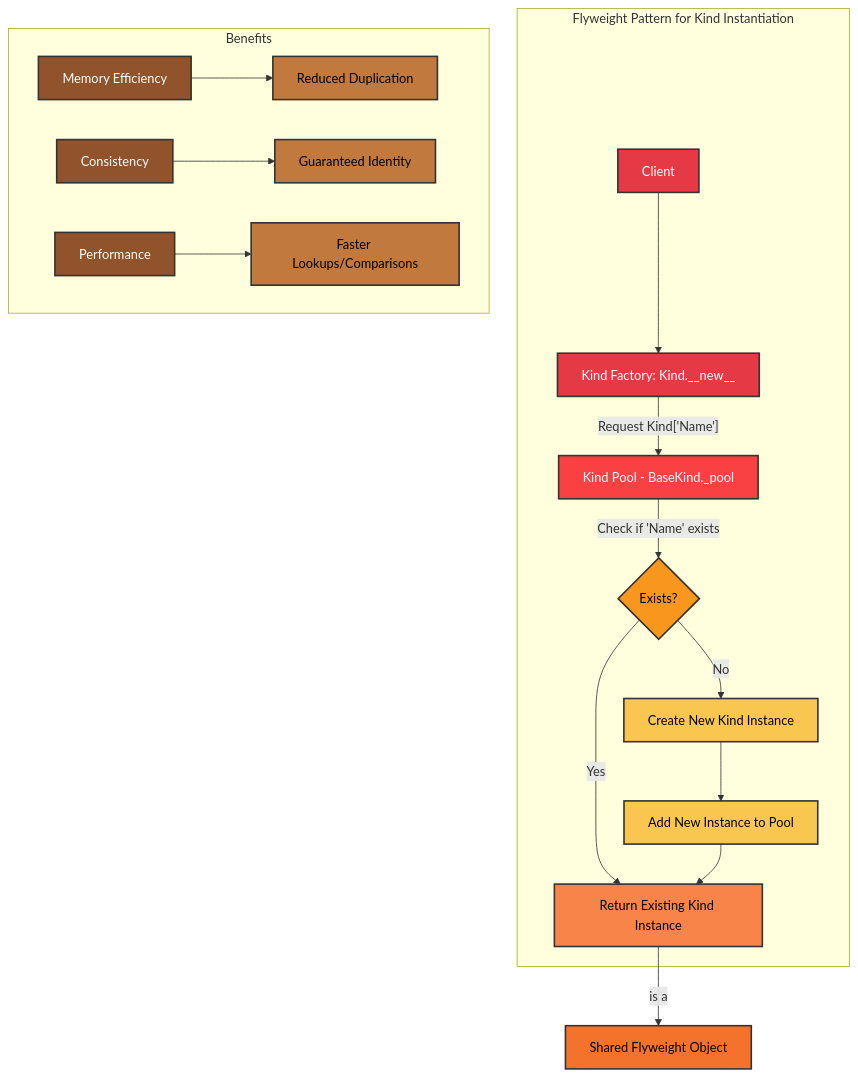
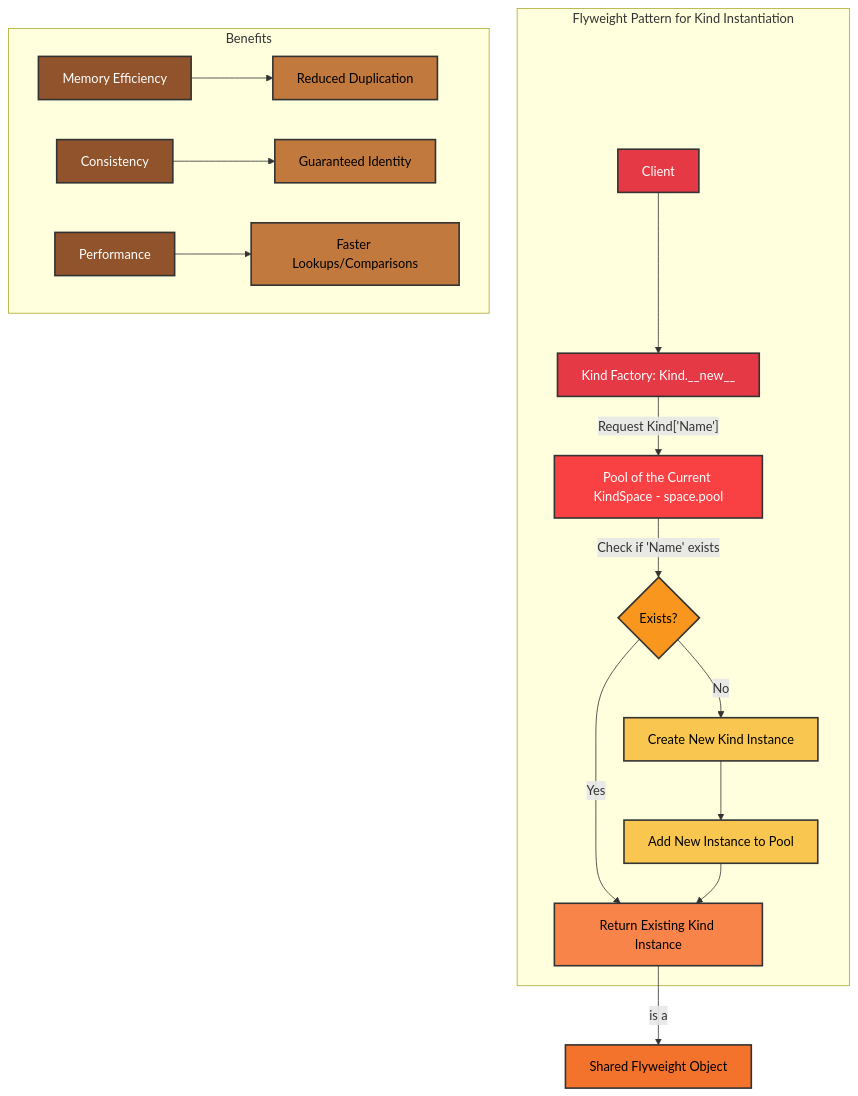
One commit to ikko/kind changed the diagram in docs/topics/2_flyweight_design/flyweight_pattern.mmd. Above: the diagram before and after it, drawn with Mermaid. The commit also changed 78 other files, not shown here.

First line of the commit message:
v0.2.0: KindSpace makes the global state explicit; time is opt-in; scheduling is its own package

```diff
--- a/docs/topics/2_flyweight_design/flyweight_pattern.mmd
+++ b/docs/topics/2_flyweight_design/flyweight_pattern.mmd
@@ -1,36 +1,36 @@
 graph TB
     subgraph "Flyweight Pattern for Kind Instantiation"
         A[Client] --> B[Kind Factory: Kind.__new__];
-        B -- "Request Kind['Name']" --> C[Kind Pool - BaseKind._pool];
+        B -- "Request Kind['Name']" --> C[Pool of the Current KindSpace - space.pool];
         C -- "Check if 'Name' exists" --> D{Exists?};
         D -- "Yes" --> E[Return Existing Kind Instance];
         D -- "No" --> F[Create New Kind Instance];
         F --> G[Add New Instance to Pool];
         G --> E;
     end
 
     subgraph "Benefits"
         H[Memory Efficiency] --> I[Reduced Duplication];
         J[Consistency] --> K[Guaranteed Identity];
         L[Performance] --> M[Faster Lookups/Comparisons];
     end
 
     E -- "is a" --> N[Shared Flyweight Object];
 
     %% Main process flow - warm red/orange tones
     style A fill:#e63946,stroke:#333,stroke-width:2px,color:#FFFFFF;
     style B fill:#e63946,stroke:#333,stroke-width:2px,color:#FFFFFF;
     style C fill:#f94144,stroke:#333,stroke-width:2px,color:#FFFFFF;
     style D fill:#f8961e,stroke:#333,stroke-width:2px,color:#000000;
     style E fill:#f9844a,stroke:#333,stroke-width:2px,color:#000000;
     style F fill:#f9c74f,stroke:#333,stroke-width:2px,color:#000000;
     style G fill:#f9c74f,stroke:#333,stroke-width:2px,color:#000000;
     style N fill:#f3722c,stroke:#333,stroke-width:2px,color:#000000;
 
     %% Benefits section - warm purple/brown tones
     style H fill:#90532b,stroke:#333,stroke-width:2px,color:#FFFFFF;
     style I fill:#c1793e,stroke:#333,stroke-width:2px,color:#000000;
     style J fill:#90532b,stroke:#333,stroke-width:2px,color:#FFFFFF;
     style K fill:#c1793e,stroke:#333,stroke-width:2px,color:#000000;
     style L fill:#90532b,stroke:#333,stroke-width:2px,color:#FFFFFF;
     style M fill:#c1793e,stroke:#333,stroke-width:2px,color:#000000;
```
